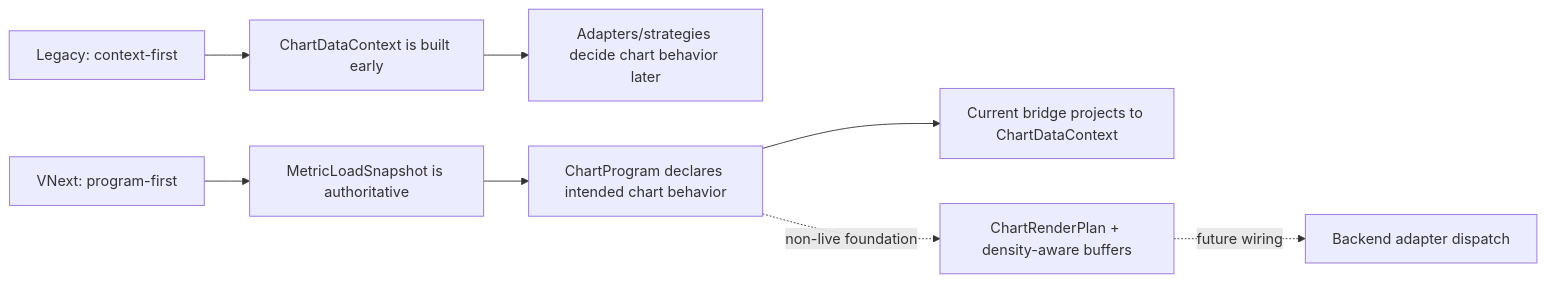
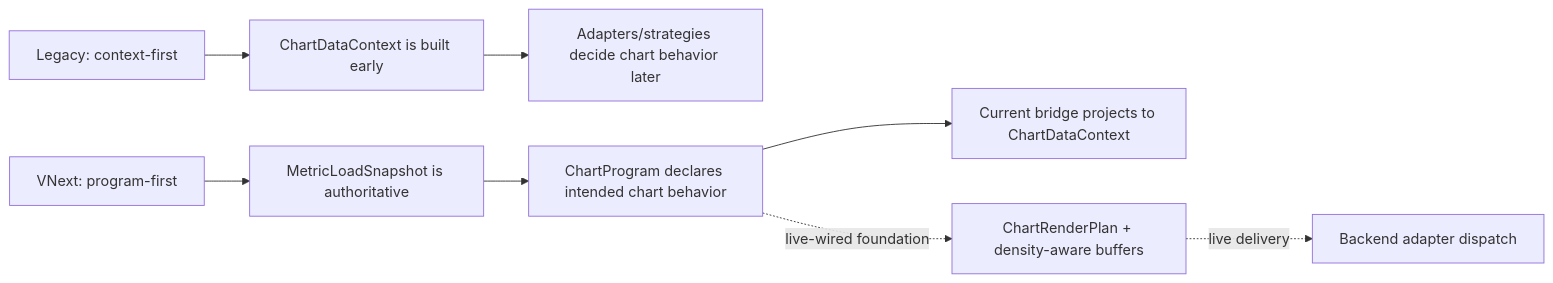
One commit to krebisz/DataAnalyser changed the second of 2 diagrams in documents/SYSTEM_MAP.md. Above: the diagram before and after it, drawn with Mermaid. The commit also changed other lines of this file and 3 other files, not shown here.

````diff
--- a/documents/SYSTEM_MAP.md
+++ b/documents/SYSTEM_MAP.md
@@ -639,11 +639,11 @@
 ```mermaid
 flowchart LR
     Legacy["Legacy: context-first"] --> L1["ChartDataContext is built early"]
     L1 --> L2["Adapters/strategies decide chart behavior later"]
 
     VNext["VNext: program-first"] --> V1["MetricLoadSnapshot is authoritative"]
     V1 --> V2["ChartProgram declares intended chart behavior"]
     V2 --> V3["Current bridge projects to ChartDataContext"]
-    V2 -. "non-live foundation" .-> V4["ChartRenderPlan + density-aware buffers"]
-    V4 -. "future wiring" .-> V5["Backend adapter dispatch"]
+    V2 -. "live-wired foundation" .-> V4["ChartRenderPlan + density-aware buffers"]
+    V4 -. "live delivery" .-> V5["Backend adapter dispatch"]
 ```
````
